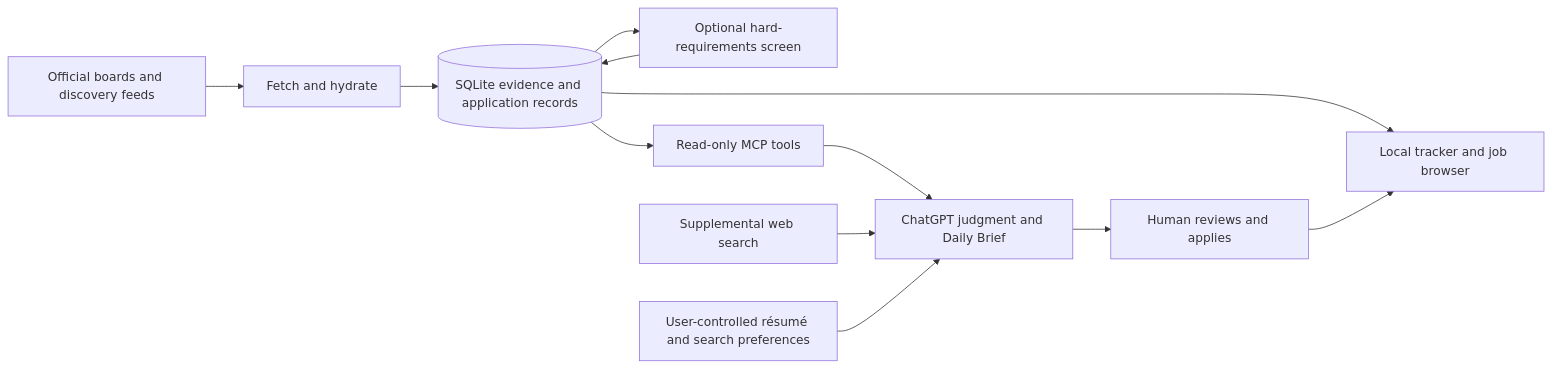
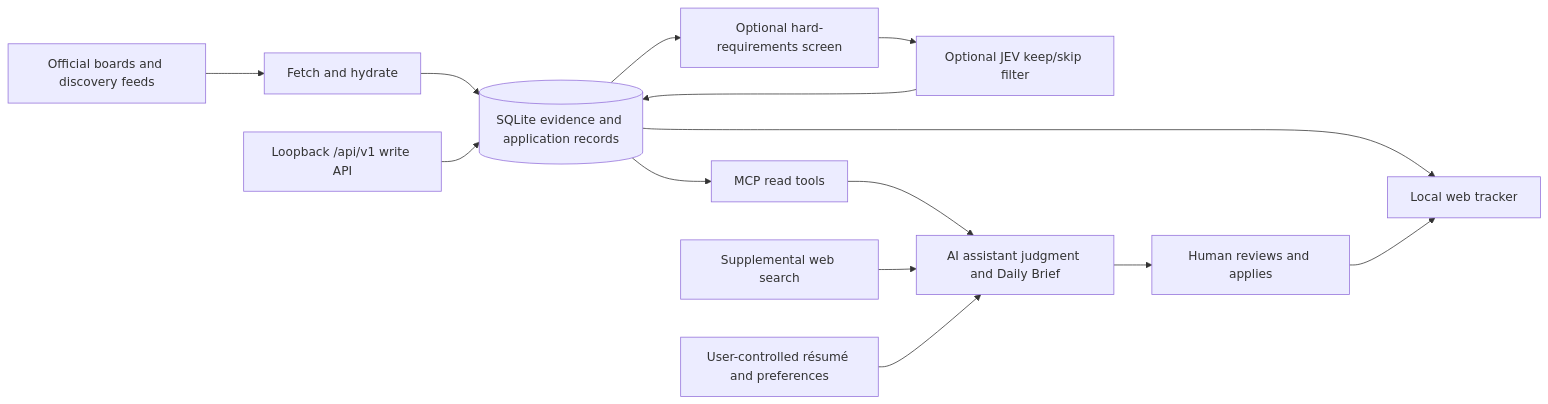
The diagram in docs/ARCHITECTURE.md (drink970082/job-matchbook), drawn with Mermaid before and after one commit. The commit also changed other lines of this file and 81 other files, not shown here.

````diff
--- a/docs/ARCHITECTURE.md
+++ b/docs/ARCHITECTURE.md
@@ -19,14 +19,16 @@
 ```mermaid
 flowchart LR
     Sources[Official boards and discovery feeds] --> Fetch[Fetch and hydrate]
     Fetch --> DB[(SQLite evidence and application records)]
-    DB --> UI[Local tracker and job browser]
-    DB --> Assist[Optional hard-requirements screen]
-    Assist --> DB
-    DB --> MCP[Read-only MCP tools]
-    MCP --> Chat[ChatGPT judgment and Daily Brief]
+    DB --> Screen[Optional hard-requirements screen]
+    Screen --> JEV[Optional JEV keep/skip filter]
+    JEV --> DB
+    DB --> UI[Local web tracker]
+    DB --> MCP[MCP read tools]
+    MCP --> Chat[AI assistant judgment and Daily Brief]
+    API[Loopback /api/v1 write API] --> DB
     Web[Supplemental web search] --> Chat
-    Profile[User-controlled résumé and search preferences] --> Chat
+    Profile[User-controlled résumé and preferences] --> Chat
     Chat --> Human[Human reviews and applies]
     Human --> UI
 ```
````
